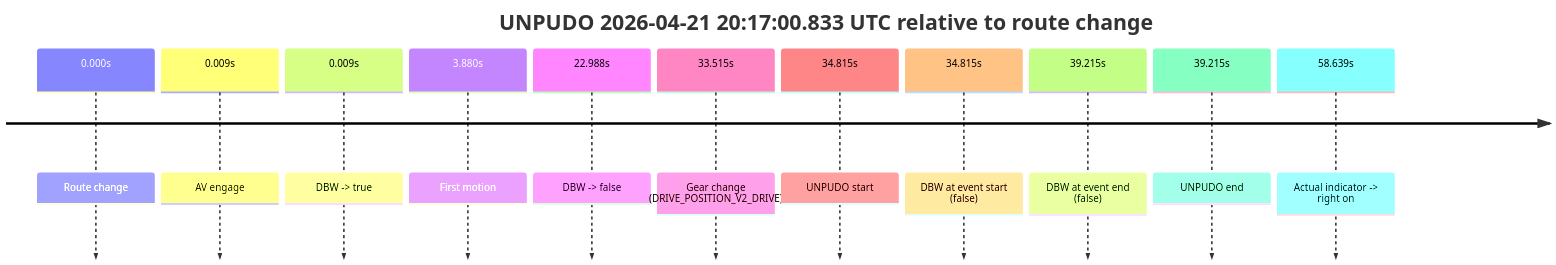
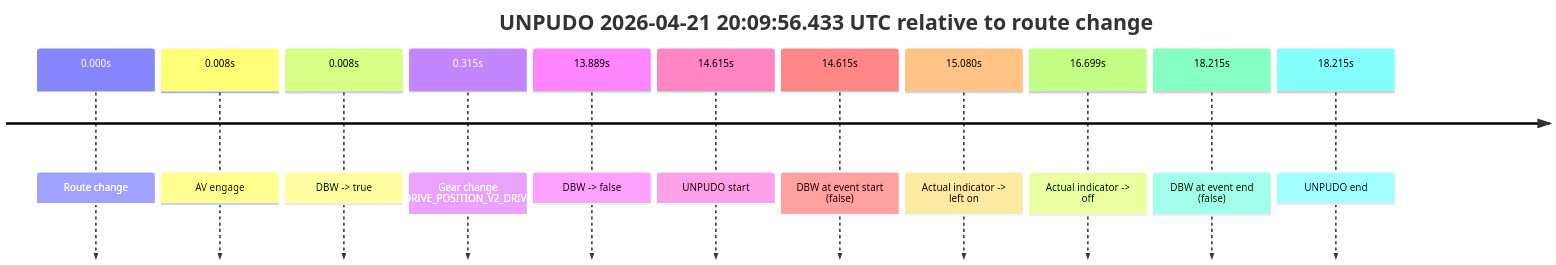
One commit to yoelshapiro/vault changed the eighth of 12 diagrams in model_analysis/report_cards/2026/04/Week-4/fme10005--2026-04-21--19-22-29--gen2-av-317481e0-4c9f-4033-96a4-619458685d04.md. Above: the diagram before and after it, drawn with Mermaid. The commit also changed other lines of this file and 53 other files, not shown here.

````diff
--- a/model_analysis/report_cards/2026/04/Week-4/fme10005--2026-04-21--19-22-29--gen2-av-317481e0-4c9f-4033-96a4-619458685d04.md
+++ b/model_analysis/report_cards/2026/04/Week-4/fme10005--2026-04-21--19-22-29--gen2-av-317481e0-4c9f-4033-96a4-619458685d04.md
@@ -1227,15 +683,15 @@
 ```mermaid
 timeline
-    title UNPUDO 2026-04-21 20:17:00.833 UTC relative to route change
+    title UNPUDO 2026-04-21 20:09:56.433 UTC relative to route change
     0.000s : Route change
-    0.009s : AV engage
-    0.009s : DBW -> true
-    3.880s : First motion
-    22.988s : DBW -> false
-    33.515s : Gear change (DRIVE_POSITION_V2_DRIVE)
-    34.815s : UNPUDO start
-    34.815s : DBW at event start (false)
-    39.215s : DBW at event end (false)
-    39.215s : UNPUDO end
-    58.639s : Actual indicator -> right on
+    0.008s : AV engage
+    0.008s : DBW -> true
+    0.315s : Gear change (DRIVE_POSITION_V2_DRIVE)
+    13.889s : DBW -> false
+    14.615s : UNPUDO start
+    14.615s : DBW at event start (false)
+    15.080s : Actual indicator -> left on
+    16.699s : Actual indicator -> off
+    18.215s : DBW at event end (false)
+    18.215s : UNPUDO end
 ```
````
